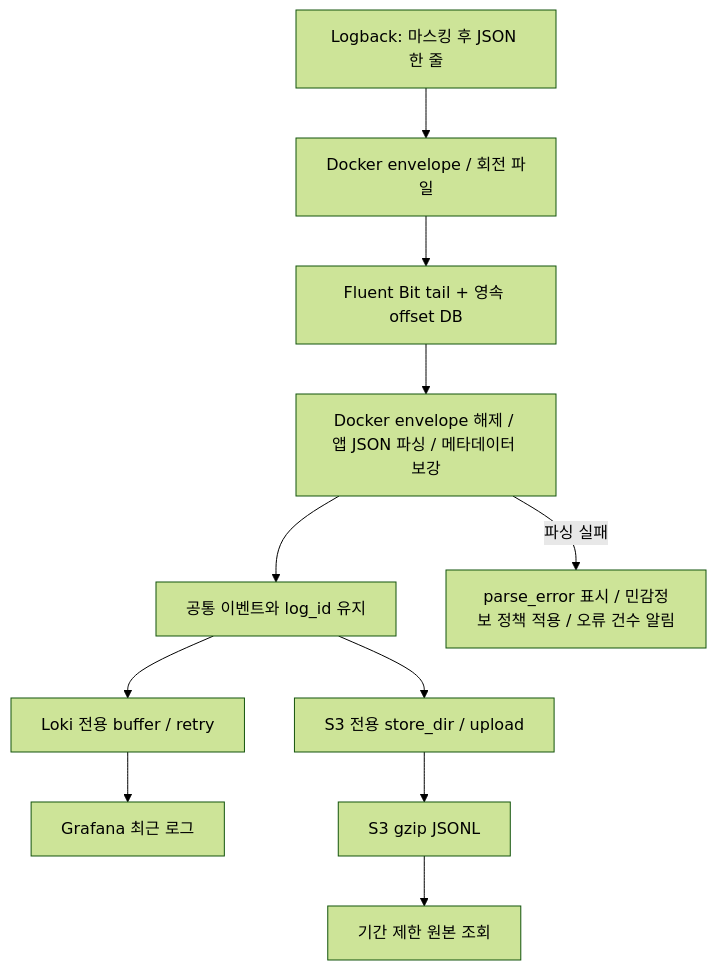
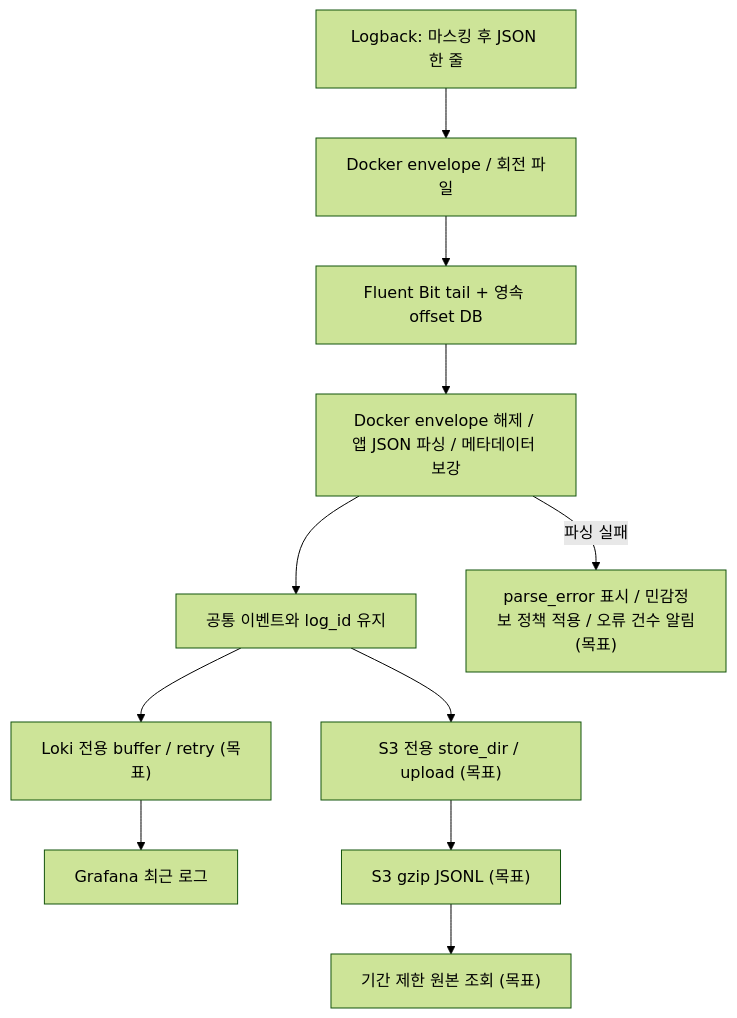
Before and after one commit to OneOrThree/phone: the seventh of 8 diagrams in docs/architecture/server-log-observability/README.md, drawn with Mermaid (forest theme). The commit also changed other lines of this file and 5 other files, not shown here.

Commit message:
[CHORE] GROMO-2580 조사표 §6 판정 문구를 더하고 다이어그램의 미구현 경로에 «(목표)» 라벨을 붙인다

````diff
--- a/docs/architecture/server-log-observability/README.md
+++ b/docs/architecture/server-log-observability/README.md
@@ -237,13 +237,13 @@
 ```mermaid
 flowchart TD
     A[Logback: 마스킹 후 JSON 한 줄] --> B[Docker envelope / 회전 파일]
     B --> C[Fluent Bit tail + 영속 offset DB]
     C --> D[Docker envelope 해제 / 앱 JSON 파싱 / 메타데이터 보강]
     D --> E[공통 이벤트와 log_id 유지]
-    E --> L[Loki 전용 buffer / retry]
-    E --> S[S3 전용 store_dir / upload]
+    E --> L["Loki 전용 buffer / retry (목표)"]
+    E --> S["S3 전용 store_dir / upload (목표)"]
     L --> G[Grafana 최근 로그]
-    S --> O[S3 gzip JSONL]
-    O --> Q[기간 제한 원본 조회]
-    D -->|파싱 실패| F[parse_error 표시 / 민감정보 정책 적용 / 오류 건수 알림]
+    S --> O["S3 gzip JSONL (목표)"]
+    O --> Q["기간 제한 원본 조회 (목표)"]
+    D -->|파싱 실패| F["parse_error 표시 / 민감정보 정책 적용 / 오류 건수 알림(목표)"]
 ```
````
